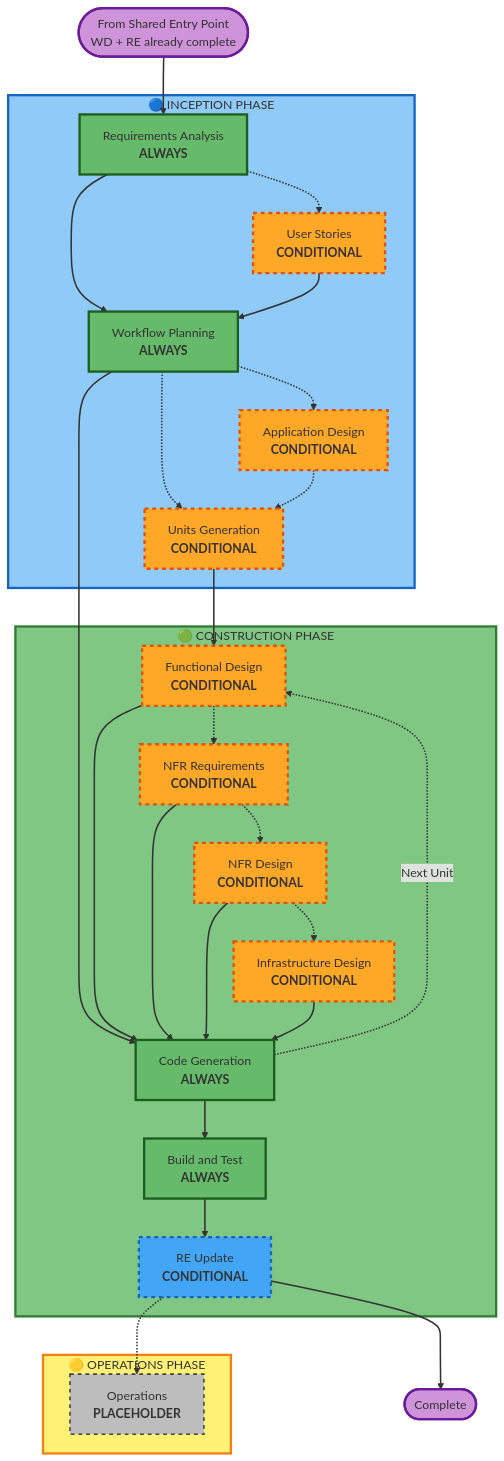
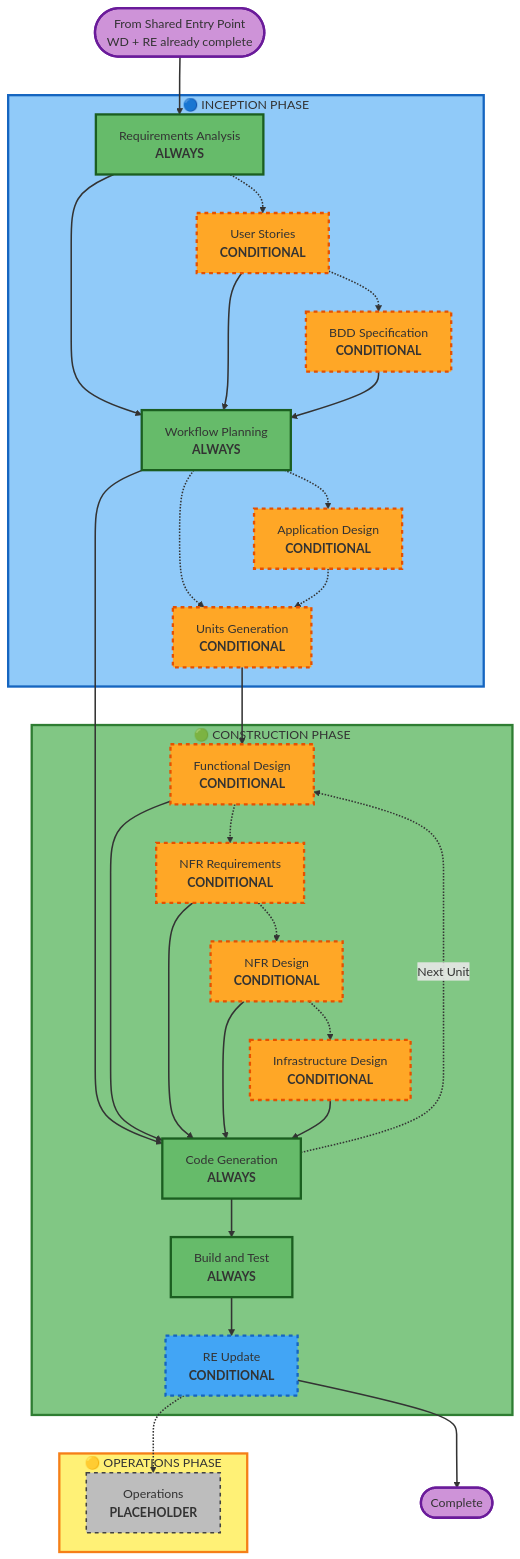
One commit to premkumarjanagarajan/fluid-flow-ai changed the diagram in main-workflow/workflows/aws/memory/common/process-overview.md. Above: the diagram before and after it, drawn with Mermaid. The commit also changed other lines of this file and 11 other files, not shown here.

First line of the commit message:
Add BDD Specification stage and artifacts

````diff
--- a/main-workflow/workflows/aws/memory/common/process-overview.md
+++ b/main-workflow/workflows/aws/memory/common/process-overview.md
@@ -33,72 +33,76 @@
 ```mermaid
 flowchart TD
     Start(["From Shared Entry Point<br/>WD + RE already complete"])
     
     subgraph INCEPTION["🔵 INCEPTION PHASE"]
         RA["Requirements Analysis<br/><b>ALWAYS</b>"]
         Stories["User Stories<br/><b>CONDITIONAL</b>"]
+        BDD["BDD Specification<br/><b>CONDITIONAL</b>"]
         WP["Workflow Planning<br/><b>ALWAYS</b>"]
         AppDesign["Application Design<br/><b>CONDITIONAL</b>"]
         UnitsG["Units Generation<br/><b>CONDITIONAL</b>"]
     end
     
     subgraph CONSTRUCTION["🟢 CONSTRUCTION PHASE"]
         FD["Functional Design<br/><b>CONDITIONAL</b>"]
         NFRA["NFR Requirements<br/><b>CONDITIONAL</b>"]
         NFRD["NFR Design<br/><b>CONDITIONAL</b>"]
         ID["Infrastructure Design<br/><b>CONDITIONAL</b>"]
         CG["Code Generation<br/><b>ALWAYS</b>"]
         BT["Build and Test<br/><b>ALWAYS</b>"]
         REU["RE Update<br/><b>CONDITIONAL</b>"]
     end
     
     subgraph OPERATIONS["🟡 OPERATIONS PHASE"]
         OPS["Operations<br/><b>PLACEHOLDER</b>"]
     end
     
     Start --> RA
     
     RA -.-> Stories
     RA --> WP
+    Stories -.-> BDD
     Stories --> WP
+    BDD --> WP
     
     WP -.-> AppDesign
     WP -.-> UnitsG
     AppDesign -.-> UnitsG
     UnitsG --> FD
     FD -.-> NFRA
     NFRA -.-> NFRD
     NFRD -.-> ID
     
     WP --> CG
     FD --> CG
     NFRA --> CG
     NFRD --> CG
     ID --> CG
     CG -.->|Next Unit| FD
     CG --> BT
     BT --> REU
     REU -.-> OPS
     REU --> End(["Complete"])
     
     style RA fill:#66BB6A,stroke:#1B5E20,stroke-width:3px
     style WP fill:#66BB6A,stroke:#1B5E20,stroke-width:3px
     style CG fill:#66BB6A,stroke:#1B5E20,stroke-width:3px
     style BT fill:#66BB6A,stroke:#1B5E20,stroke-width:3px
     style OPS fill:#BDBDBD,stroke:#424242,stroke-width:2px,stroke-dasharray: 5 5
     style REU fill:#42A5F5,stroke:#1565C0,stroke-width:3px,stroke-dasharray: 5 5
     style Stories fill:#FFA726,stroke:#E65100,stroke-width:3px,stroke-dasharray: 5 5
+    style BDD fill:#FFA726,stroke:#E65100,stroke-width:3px,stroke-dasharray: 5 5
     style AppDesign fill:#FFA726,stroke:#E65100,stroke-width:3px,stroke-dasharray: 5 5
     style UnitsG fill:#FFA726,stroke:#E65100,stroke-width:3px,stroke-dasharray: 5 5
     style FD fill:#FFA726,stroke:#E65100,stroke-width:3px,stroke-dasharray: 5 5
     style NFRA fill:#FFA726,stroke:#E65100,stroke-width:3px,stroke-dasharray: 5 5
     style NFRD fill:#FFA726,stroke:#E65100,stroke-width:3px,stroke-dasharray: 5 5
     style ID fill:#FFA726,stroke:#E65100,stroke-width:3px,stroke-dasharray: 5 5
     style INCEPTION fill:#90CAF9,stroke:#1565C0,stroke-width:3px
     style CONSTRUCTION fill:#81C784,stroke:#2E7D32,stroke-width:3px
     style OPERATIONS fill:#FFF176,stroke:#F57F17,stroke-width:3px
     style Start fill:#CE93D8,stroke:#6A1B9A,stroke-width:3px
     style End fill:#CE93D8,stroke:#6A1B9A,stroke-width:3px
     
     linkStyle default stroke:#333,stroke-width:2px
 ```
````
